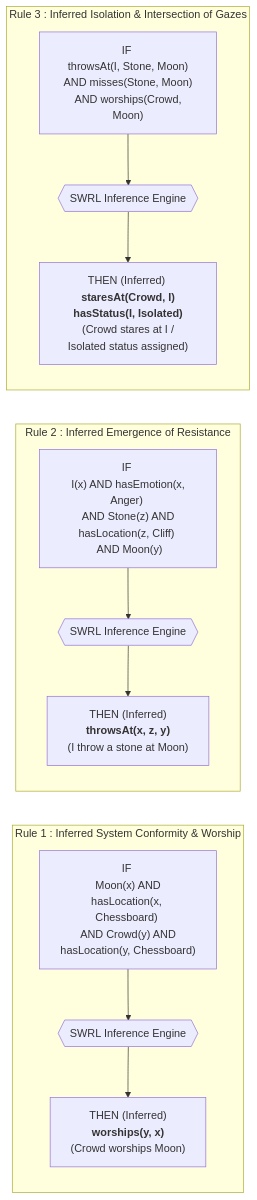
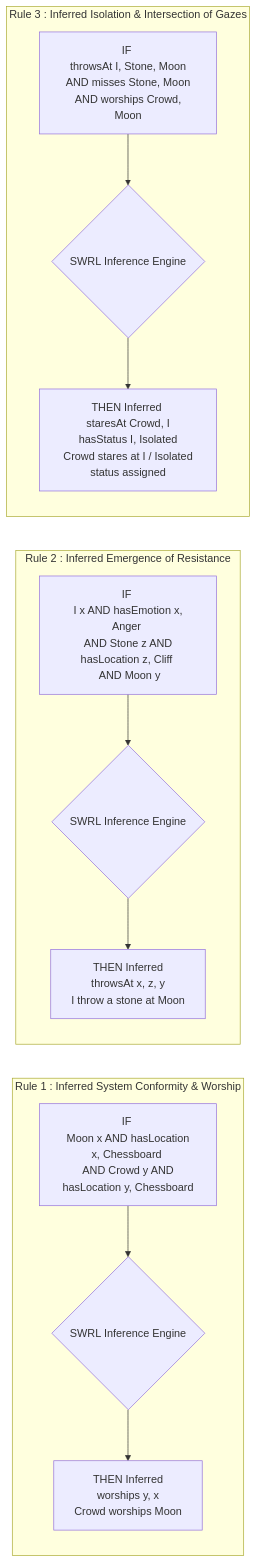
The second of 3 diagrams in en/index.md (hamnYK/eduContextOn), drawn with Mermaid before and after one commit. The commit also changed other lines of this file and 2 other files, not shown here.

```diff
--- a/en/index.md
+++ b/en/index.md
@@ -57,26 +57,26 @@
       <div class="mermaid">
 graph LR
     subgraph Rule_1 [Rule 1 : Inferred System Conformity & Worship]
-        R1_Cond["IF <br> Moon(x) AND hasLocation(x, Chessboard) <br> AND Crowd(y) AND hasLocation(y, Chessboard)"]
-        R1_Engine{{SWRL Inference Engine}}
-        R1_Result["THEN (Inferred) <br> <b>worships(y, x)</b> <br> (Crowd worships Moon)"]
+        R1_Cond[IF <br> Moon x AND hasLocation x, Chessboard <br> AND Crowd y AND hasLocation y, Chessboard]
+        R1_Engine{SWRL Inference Engine}
+        R1_Result[THEN Inferred <br> worships y, x <br> Crowd worships Moon]
         
         R1_Cond --> R1_Engine --> R1_Result
     end
 
     subgraph Rule_2 [Rule 2 : Inferred Emergence of Resistance]
-        R2_Cond["IF <br> I(x) AND hasEmotion(x, Anger) <br> AND Stone(z) AND hasLocation(z, Cliff) <br> AND Moon(y)"]
-        R2_Engine{{SWRL Inference Engine}}
-        R2_Result["THEN (Inferred) <br> <b>throwsAt(x, z, y)</b> <br> (I throw a stone at Moon)"]
+        R2_Cond[IF <br> I x AND hasEmotion x, Anger <br> AND Stone z AND hasLocation z, Cliff <br> AND Moon y]
+        R2_Engine{SWRL Inference Engine}
+        R2_Result[THEN Inferred <br> throwsAt x, z, y <br> I throw a stone at Moon]
         
         R2_Cond --> R2_Engine --> R2_Result
     end
 
     subgraph Rule_3 [Rule 3 : Inferred Isolation & Intersection of Gazes]
-        R3_Cond["IF <br> throwsAt(I, Stone, Moon) <br> AND misses(Stone, Moon) <br> AND worships(Crowd, Moon)"]
-        R3_Engine{{SWRL Inference Engine}}
-        R3_Result["THEN (Inferred) <br> <b>staresAt(Crowd, I)</b> <br> <b>hasStatus(I, Isolated)</b> <br> (Crowd stares at I / Isolated status assigned)"]
+        R3_Cond[IF <br> throwsAt I, Stone, Moon <br> AND misses Stone, Moon <br> AND worships Crowd, Moon]
+        R3_Engine{SWRL Inference Engine}
+        R3_Result[THEN Inferred <br> staresAt Crowd, I <br> hasStatus I, Isolated <br> Crowd stares at I / Isolated status assigned]
         
         R3_Cond --> R3_Engine --> R3_Result
     end
       </div>
```
